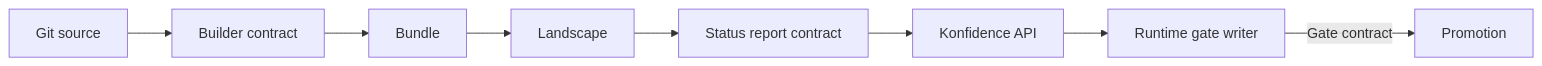
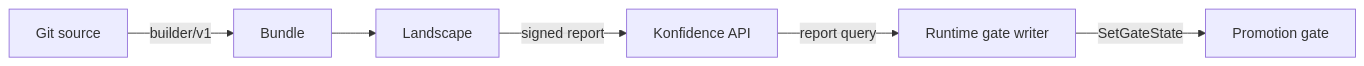
The second of 2 diagrams in docs/design/00-overview.md (nirnanaaa/konfidence), drawn with Mermaid before and after one commit. The commit also changed other lines of this file and 12 other files, not shown here.

Commit message:
docs(design): apply adversarial review, add roadmap and ADR-0001

````diff
--- a/docs/design/00-overview.md
+++ b/docs/design/00-overview.md
@@ -82,6 +85,7 @@
 ```mermaid
 flowchart LR
-  src[Git source] --> bld[Builder contract] --> bundle[Bundle]
-  bundle --> land[Landscape] --> rep[Status report contract] --> api[Konfidence API]
-  api --> gw[Runtime gate writer] -- "Gate contract" --> promo[Promotion]
+  src[Git source] -- "builder/v1" --> bundle[Bundle]
+  bundle --> land[Landscape] -- "signed report" --> api[Konfidence API]
+  api -- "report query" --> gw[Runtime gate writer]
+  gw -- "SetGateState" --> promo[Promotion gate]
 ```
````
